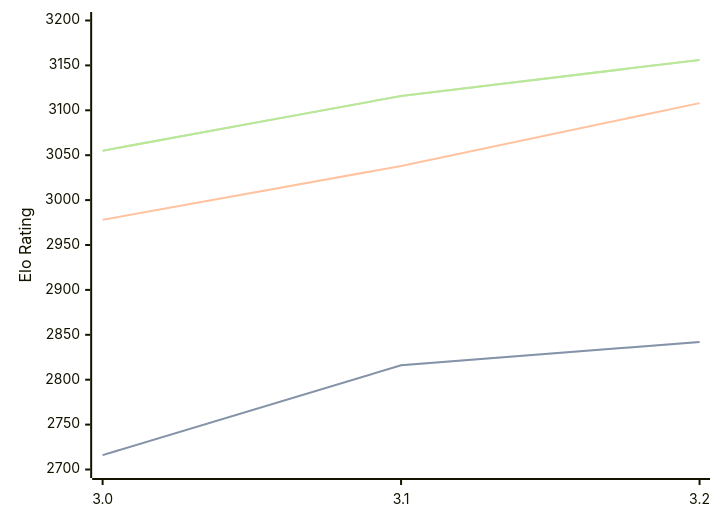
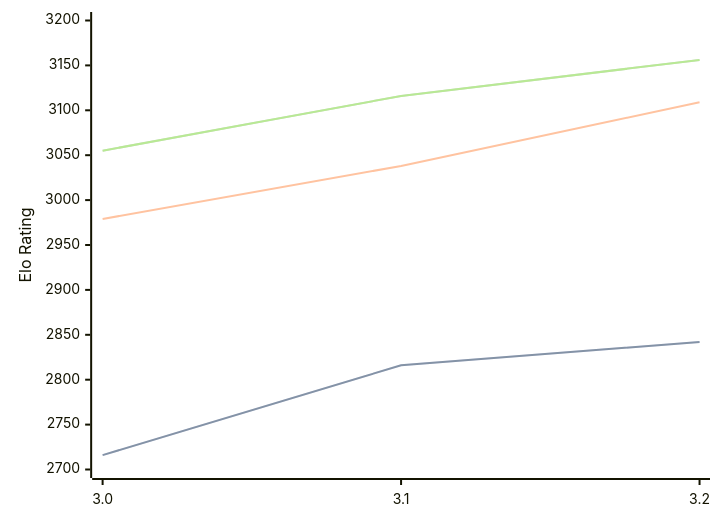
The first of 3 diagrams in engines/Vajolet2.md (computer-chess-index/cci), drawn with Mermaid before and after one commit. The commit also changed other lines of this file, not shown here.

````diff
--- a/engines/Vajolet2.md
+++ b/engines/Vajolet2.md
@@ -41,11 +41,11 @@
 ```mermaid
 %%{init: {"theme":"base","themeVariables":{"seriesColors:['#a3a3a3','#222221','#faa371']}}}%%
 xychart-beta
   x-axis ["3.0", "3.1", "3.2"]
   y-axis "Elo Rating" 2700 --> 3200
   line "STC (8.0+0.08s)" [2716, 2816, 2842]
   line "STC (8.0+0.08s)" [2716, 2816, 2842]
-  line "LTC (60.0+0.60s)" [2978, 3038, 3108]
+  line "LTC (60.0+0.60s)" [2979, 3038, 3109]
   line "VLTC (2m24s+1.12s)" [3055, 3116, 3156]
   line "VLTC (2m24s+1.12s)" [3055, 3116, 3156]
 ```
````
